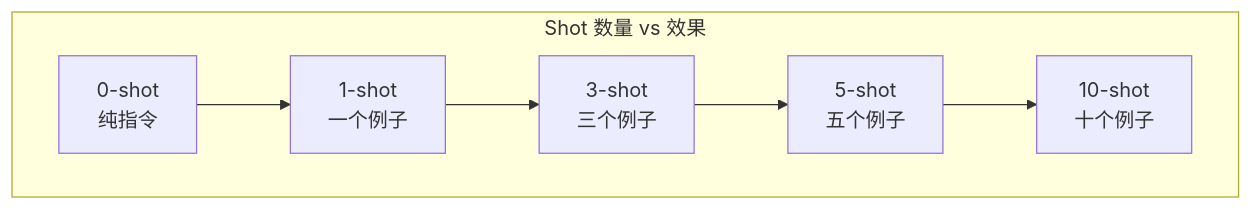
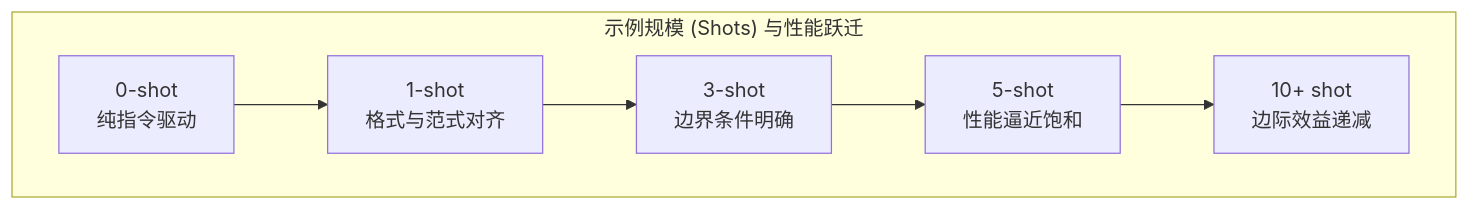
One commit to yingwang/thinking-in-llm changed the third of 4 diagrams in chapters/05-strengths.md. Above: the diagram before and after it, drawn with Mermaid. The commit also changed other lines of this file and 31 other files, not shown here.

````diff
--- a/chapters/05-strengths.md
+++ b/chapters/05-strengths.md
@@ -262,10 +252,10 @@
 ```mermaid
 graph LR
-    subgraph shots["Shot 数量 vs 效果"]
+    subgraph shots["示例规模 (Shots) 与性能跃迁"]
         direction LR
-        S0["0-shot<br>纯指令"] --> S1["1-shot<br>一个例子"]
-        S1 --> S3["3-shot<br>三个例子"]
-        S3 --> S5["5-shot<br>五个例子"]
-        S5 --> S10["10-shot<br>十个例子"]
+        S0["0-shot<br>纯指令驱动"] --> S1["1-shot<br>格式与范式对齐"]
+        S1 --> S3["3-shot<br>边界条件明确"]
+        S3 --> S5["5-shot<br>性能逼近饱和"]
+        S5 --> S10["10+ shot<br>边际效益递减"]
     end
 ```
````
